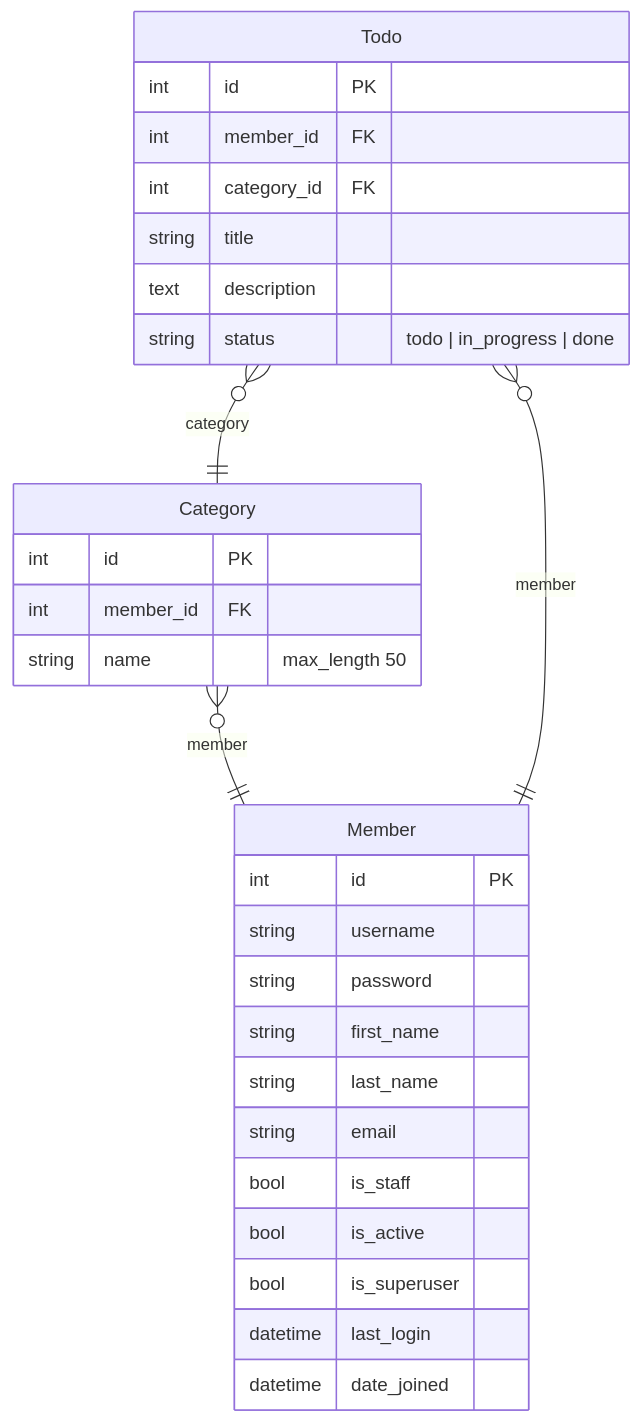
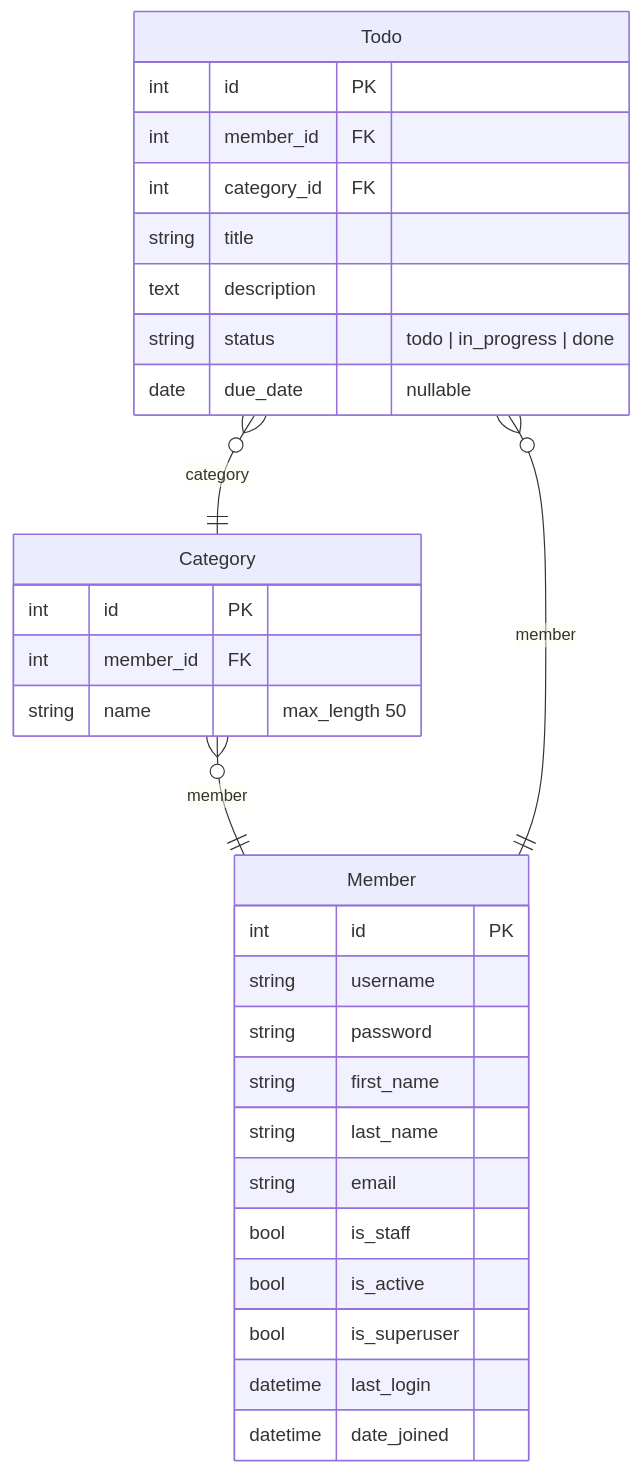
Before and after one commit to CS-yorisa/TODO-YORISA: the diagram in docs/erd.md, drawn with Mermaid. The commit also changed 23 other files, not shown here.

````diff
--- a/docs/erd.md
+++ b/docs/erd.md
@@ -3,32 +3,33 @@
 ```mermaid
 erDiagram
     Member {
         int id PK
         string username
         string password
         string first_name
         string last_name
         string email
         bool is_staff
         bool is_active
         bool is_superuser
         datetime last_login
         datetime date_joined
     }
     Category {
         int id PK
         int member_id FK
         string name "max_length 50"
     }
     Todo {
         int id PK
         int member_id FK
         int category_id FK
         string title
         text description
         string status "todo | in_progress | done"
+        date due_date "nullable"
     }
     Category }o--|| Member : "member"
     Todo }o--|| Member : "member"
     Todo }o--|| Category : "category"
 ```
````
